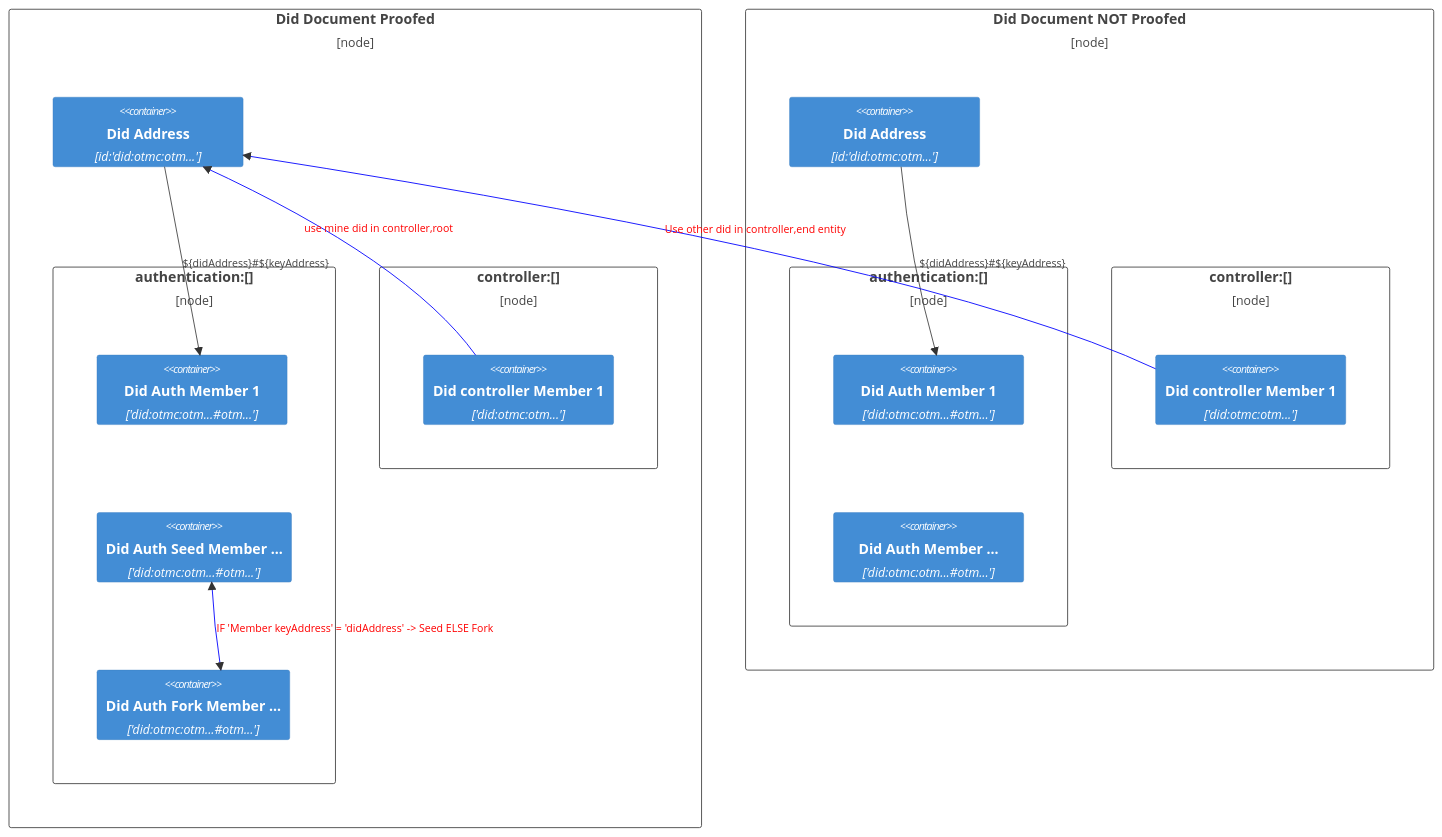
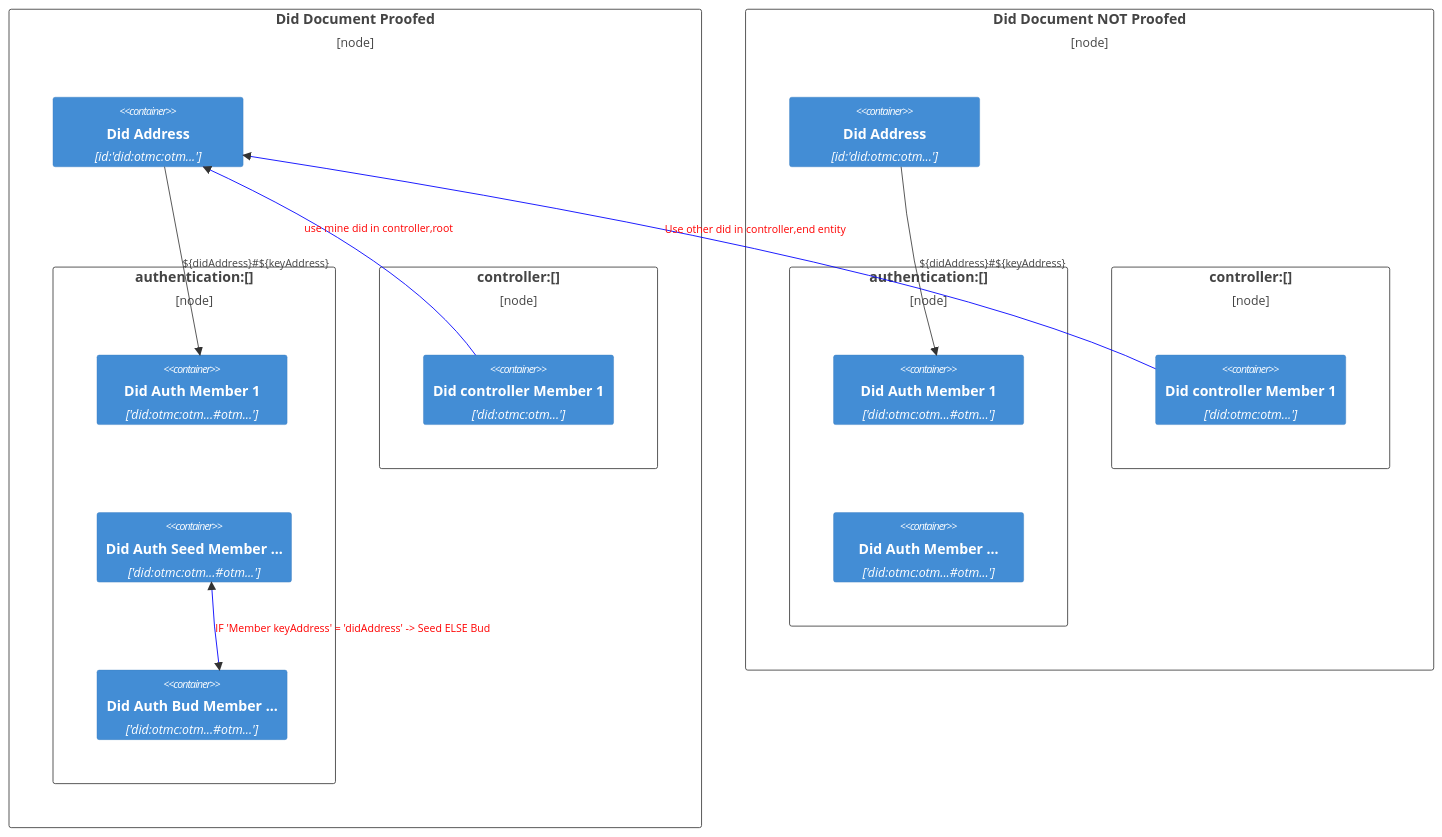
One commit to WatorVapor/otmc changed the third of 3 diagrams in otmc-package/README.md. Above: the diagram before and after it, drawn with Mermaid. The commit also changed other lines of this file and 2 other files, not shown here.

````diff
--- a/otmc-package/README.md
+++ b/otmc-package/README.md
@@ -78,36 +78,36 @@
 ```mermaid
 C4Deployment
     Deployment_Node(didProof, "Did Document Proofed") {
         Container(didAddress, "Did Address","id:'did:otmc:otm...'")
         Deployment_Node(authhMembers, "authentication:[]") {
             Container(authMember, "Did Auth Member 1","'did:otmc:otm...#otm...'")
             Container(authMemberSeed, "Did Auth Seed Member ...","'did:otmc:otm...#otm...'")
-            Container(authMemberFork, "Did Auth Fork Member ...","'did:otmc:otm...#otm...'")
+            Container(authMemberBud, "Did Auth Bud Member ...","'did:otmc:otm...#otm...'")
         }
         Rel(didAddress, authMember,  "${didAddress}#${keyAddress}", "")
-        BiRel(authMemberSeed, authMemberFork,  "IF 'Member keyAddress' = 'didAddress' -> Seed  ELSE Fork", "")
-        UpdateRelStyle(authMemberSeed, authMemberFork, "red", "blue")
+        BiRel(authMemberSeed, authMemberBud,  "IF 'Member keyAddress' = 'didAddress' -> Seed  ELSE Bud", "")
+        UpdateRelStyle(authMemberSeed, authMemberBud, "red", "blue")
         Deployment_Node(controllers, "controller:[]") {
             Container(controller, "Did controller Member 1","'did:otmc:otm...'")
         }
         Rel(controller, didAddress,  "use mine did in controller,root", "")
         UpdateRelStyle(controller, didAddress, "red", "blue","-40","-40")
     }
 
     Deployment_Node(didNotProof, "Did Document NOT Proofed") {
         Container(didAddressEE, "Did Address","id:'did:otmc:otm...'")
         Deployment_Node(authhMembersEE, "authentication:[]") {
             Container(authMemberEE, "Did Auth Member 1","'did:otmc:otm...#otm...'")
             Container(authMemberEE2, "Did Auth Member ...","'did:otmc:otm...#otm...'")
         }
         Rel(didAddressEE, authMemberEE,  "${didAddress}#${keyAddress}", "")
         Deployment_Node(controllersEE, "controller:[]") {
             Container(controllerEE, "Did controller Member 1","'did:otmc:otm...'")
         }
         Rel(controllerEE, didAddress,  "Use other did in controller,end entity ", "")
         UpdateRelStyle(controllerEE, didAddress, "red", "blue","-40","-40")
 
     }
 
     UpdateLayoutConfig($c4ShapeInRow="1", $c4BoundaryInRow="4")
 ```
````
